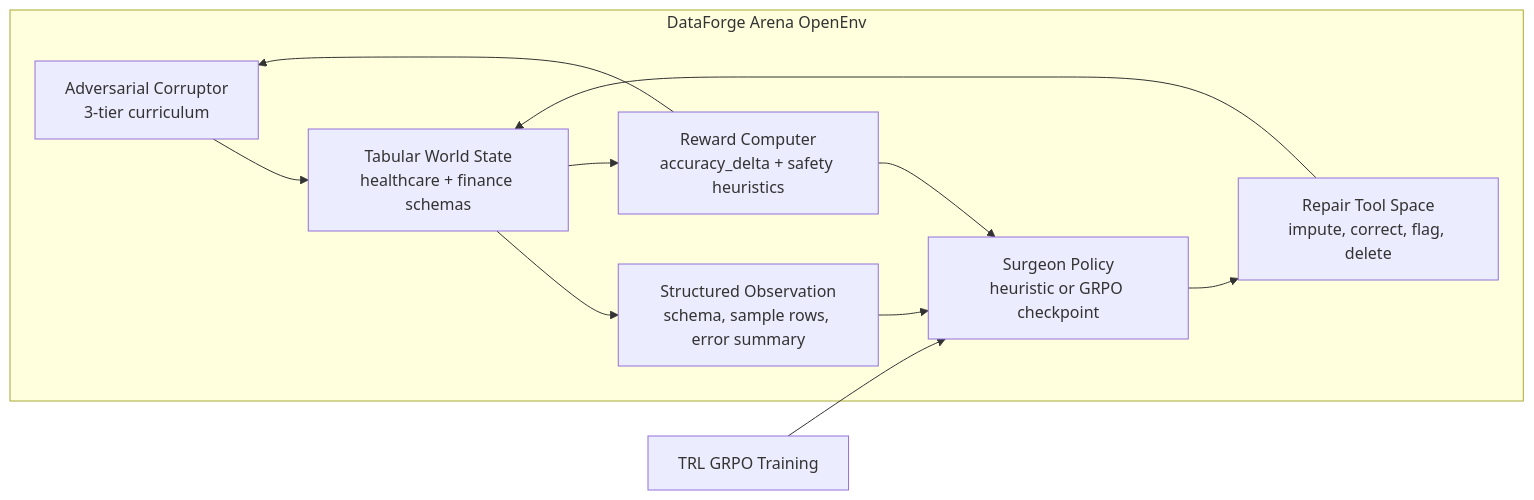
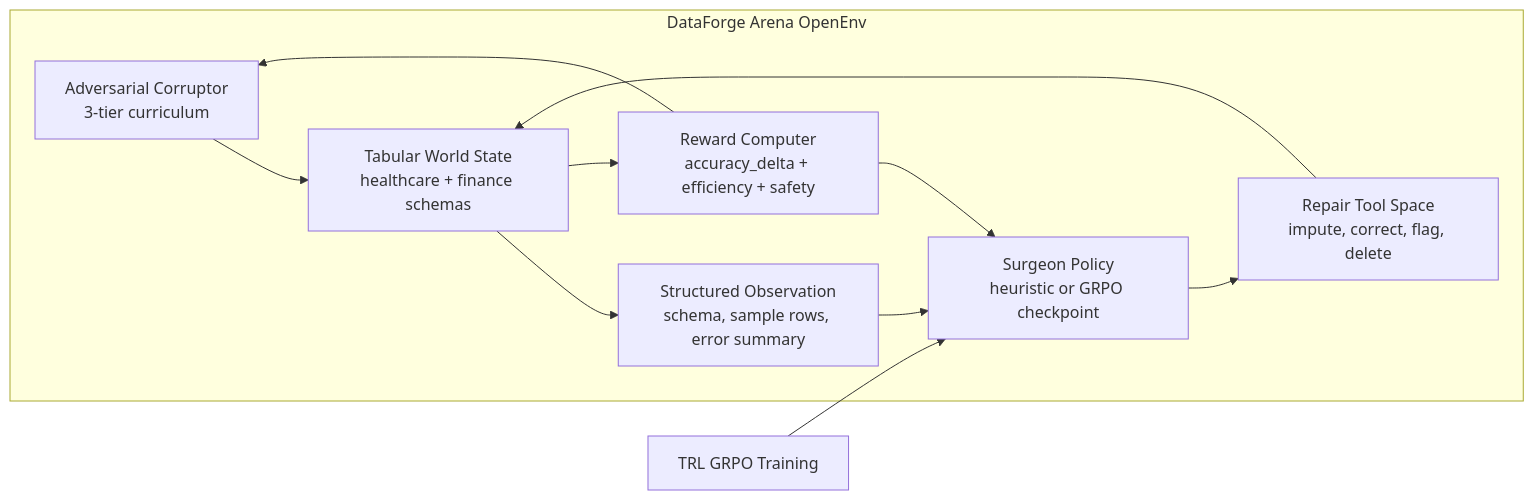
One commit to vivekyarra/dataforge-arena changed the diagram in README.md. Above: the diagram before and after it, drawn with Mermaid. The commit also changed other lines of this file and 8 other files, not shown here.

Commit message:
Fix reward efficiency signal and evidence gates

````diff
--- a/README.md
+++ b/README.md
@@ -84,20 +84,20 @@
 ```mermaid
 flowchart LR
     subgraph OPENENV["DataForge Arena OpenEnv"]
         C["Adversarial Corruptor\n3-tier curriculum"]
         E["Tabular World State\nhealthcare + finance schemas"]
         O["Structured Observation\nschema, sample rows, error summary"]
         A["Surgeon Policy\nheuristic or GRPO checkpoint"]
         T["Repair Tool Space\nimpute, correct, flag, delete"]
-        R["Reward Computer\naccuracy_delta + safety heuristics"]
+        R["Reward Computer\naccuracy_delta + efficiency + safety"]
         C --> E
         E --> O
         O --> A
         A --> T
         T --> E
         E --> R
         R --> A
         R --> C
     end
     TRL["TRL GRPO Training"] --> A
 ```
````
